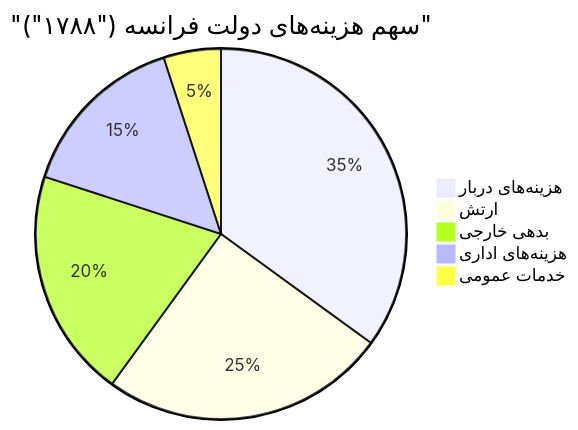
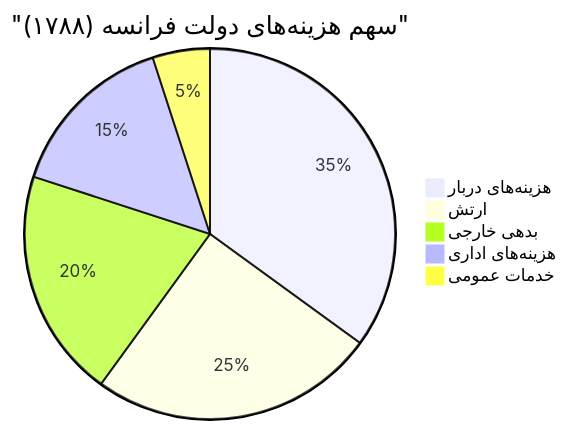
The second of 6 diagrams in src/content/articles/fa/انقلاب-شناسی-تحلیل-جامع-انقلاب-فرانسه.mdx (mahhdy/MahdiSalem.com), drawn with Mermaid before and after one commit. The commit also changed other lines of this file and 46 other files, not shown here.

Commit message:
Mermaids are much better and issues are classified. Chart Test is added

````diff
--- a/src/content/articles/fa/انقلاب-شناسی-تحلیل-جامع-انقلاب-فرانسه.mdx
+++ b/src/content/articles/fa/انقلاب-شناسی-تحلیل-جامع-انقلاب-فرانسه.mdx
@@ -101,9 +94,8 @@
 ```mermaid
-pie title "سهم هزینه‌های دولت فرانسه ("۱۷۸۸")"
+pie title "سهم هزینه‌های دولت فرانسه (۱۷۸۸)"
     "هزینه‌های دربار" : 35
     "ارتش" : 25
     "بدهی خارجی" : 20
     "هزینه‌های اداری" : 15
     "خدمات عمومی" : 5
-
 ```
````
